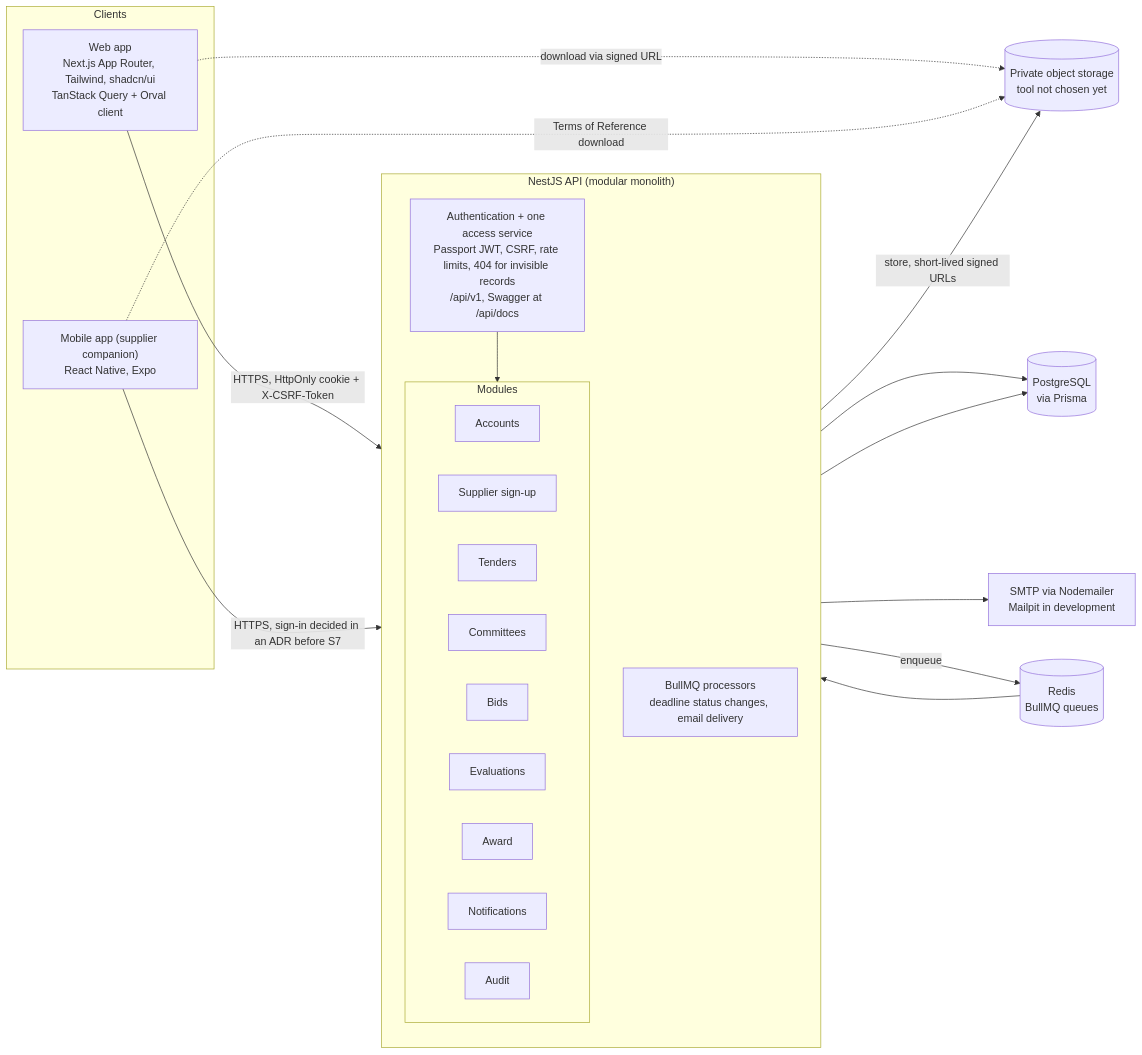
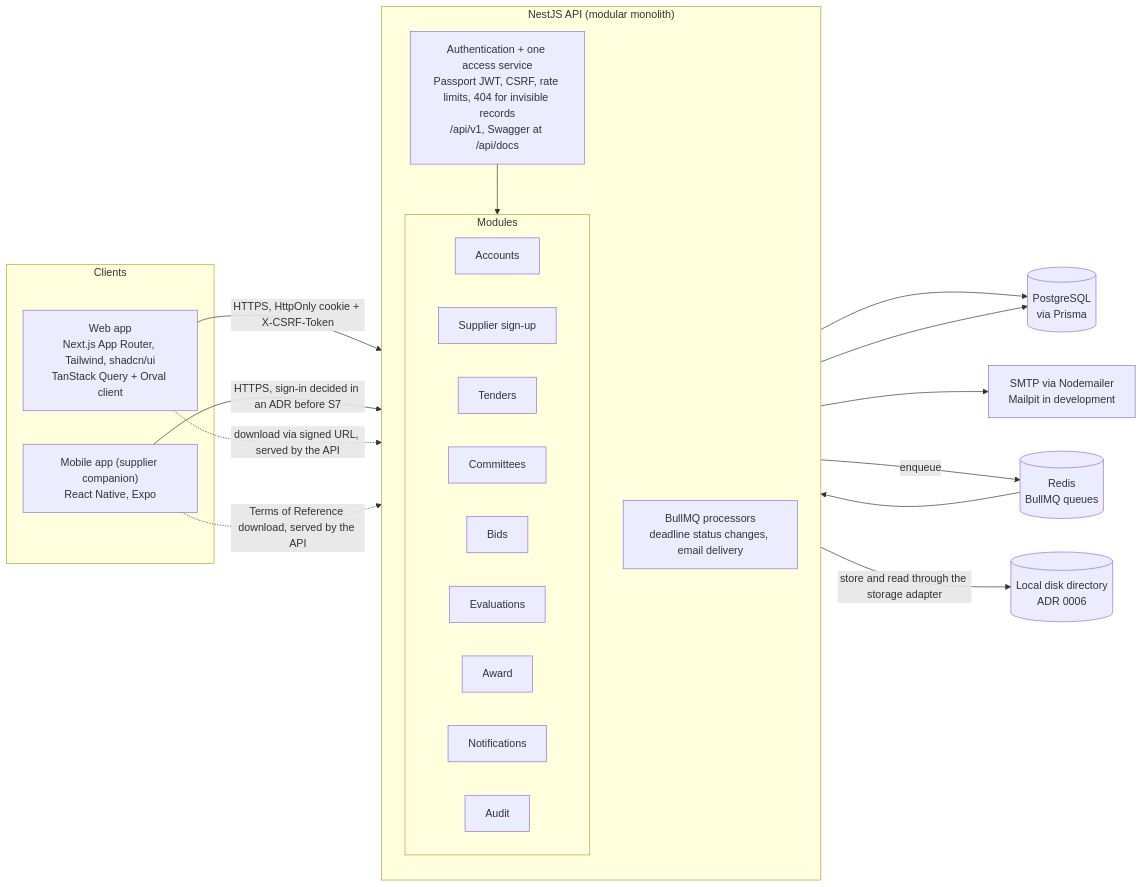
The diagram in docs/05_ARCHITECTURE/ARCHITECTURE.md (majedhmoud/b4f-akf-tender-supplier-management), drawn with Mermaid before and after one commit. The commit also changed other lines of this file and 5 other files, not shown here.

Commit message:
docs(p1): add ADR 0006 local disk file storage and local services

````diff
--- a/docs/05_ARCHITECTURE/ARCHITECTURE.md
+++ b/docs/05_ARCHITECTURE/ARCHITECTURE.md
@@ -9,42 +9,42 @@
 ```mermaid
 flowchart LR
   subgraph Clients
     WEB["Web app<br/>Next.js App Router, Tailwind, shadcn/ui<br/>TanStack Query + Orval client"]
     MOB["Mobile app (supplier companion)<br/>React Native, Expo"]
   end
 
   subgraph API["NestJS API (modular monolith)"]
     direction TB
     GUARD["Authentication + one access service<br/>Passport JWT, CSRF, rate limits, 404 for invisible records<br/>/api/v1, Swagger at /api/docs"]
     subgraph Modules
       direction LR
       M_ACC[Accounts]
       M_SIGN[Supplier sign-up]
       M_TEN[Tenders]
       M_COM[Committees]
       M_BID[Bids]
       M_EVA[Evaluations]
       M_AWD[Award]
       M_NOT[Notifications]
       M_AUD[Audit]
     end
     JOBS["BullMQ processors<br/>deadline status changes, email delivery"]
     GUARD --> Modules
   end
 
   DB[("PostgreSQL<br/>via Prisma")]
   REDIS[("Redis<br/>BullMQ queues")]
-  FILES[("Private object storage<br/>tool not chosen yet")]
+  FILES[("Local disk directory<br/>ADR 0006")]
   SMTP["SMTP via Nodemailer<br/>Mailpit in development"]
 
   WEB -- "HTTPS, HttpOnly cookie + X-CSRF-Token" --> GUARD
   MOB -- "HTTPS, sign-in decided in an ADR before S7" --> GUARD
   Modules --> DB
   Modules -- "enqueue" --> REDIS
   REDIS --> JOBS
   JOBS --> DB
   JOBS --> SMTP
-  Modules -- "store, short-lived signed URLs" --> FILES
-  WEB -. "download via signed URL" .-> FILES
-  MOB -. "Terms of Reference download" .-> FILES
+  Modules -- "store and read through the storage adapter" --> FILES
+  WEB -. "download via signed URL, served by the API" .-> GUARD
+  MOB -. "Terms of Reference download, served by the API" .-> GUARD
 ```
````
